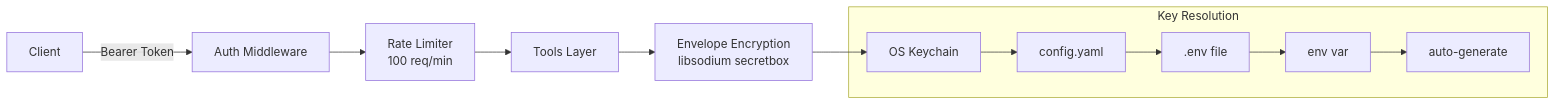
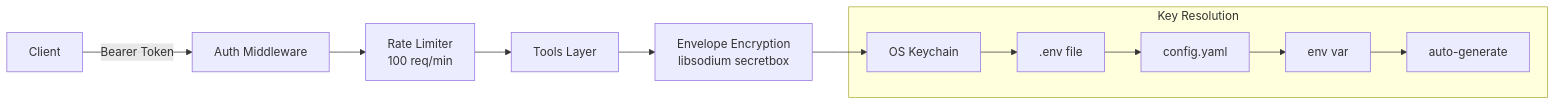
One commit to Cipher208/a-memory changed the fourth of 6 diagrams in docs/architecture/diagrams.md. Above: the diagram before and after it, drawn with Mermaid. The commit also changed other lines of this file and 7 other files, not shown here.

````diff
--- a/docs/architecture/diagrams.md
+++ b/docs/architecture/diagrams.md
@@ -72,17 +68,17 @@
 ```mermaid
 graph LR
     Client -->|Bearer Token| Auth[Auth Middleware]
     Auth --> RateLimit[Rate Limiter<br/>100 req/min]
     RateLimit --> Tools[Tools Layer]
 
     Tools --> Encrypt[Envelope Encryption<br/>libsodium secretbox]
 
     subgraph Key Resolution
-        KR1[OS Keychain] --> KR2[config.yaml]
-        KR2 --> KR3[.env file]
+        KR1[OS Keychain] --> KR2[.env file]
+        KR2 --> KR3[config.yaml]
         KR3 --> KR4[env var]
         KR4 --> KR5[auto-generate]
     end
 
     Encrypt --> KR1
 ```
````
